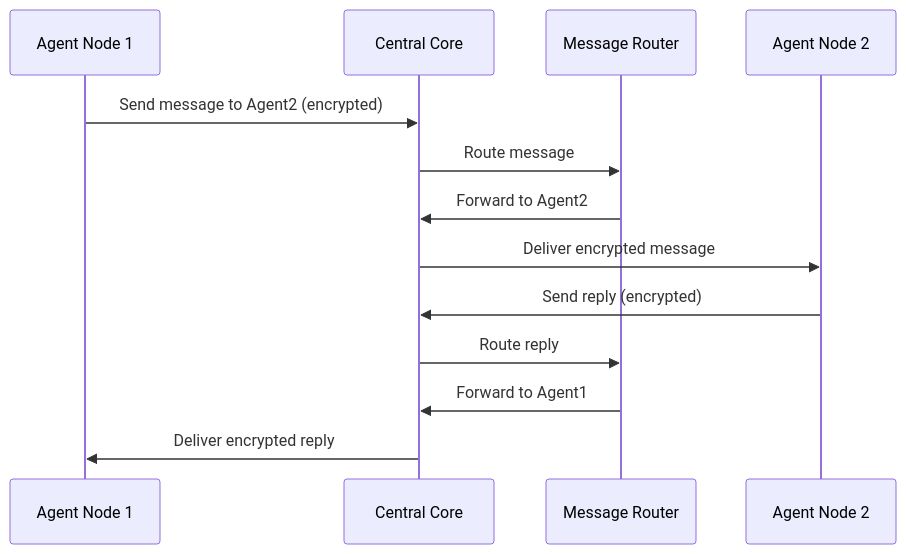
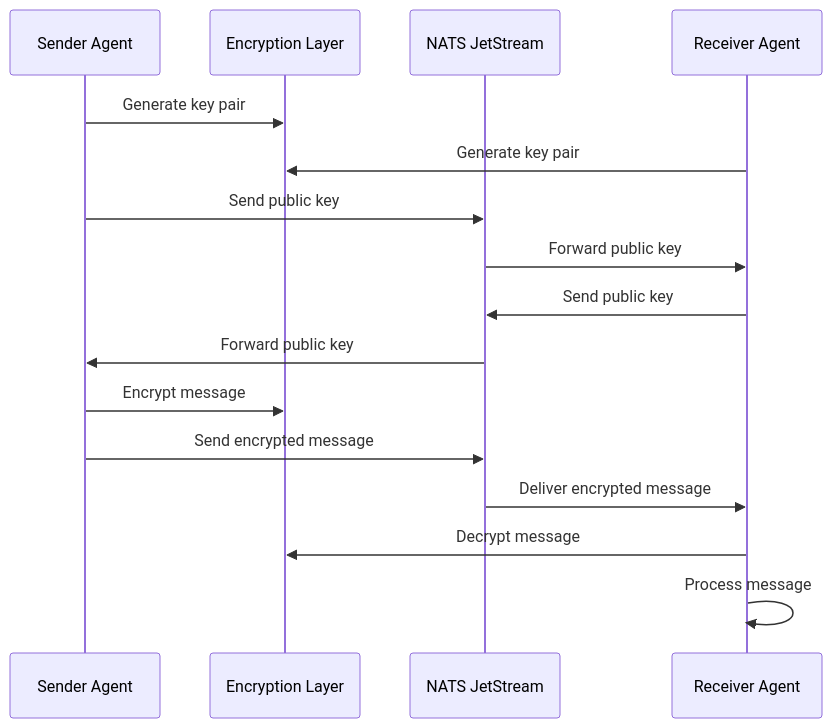
One commit to kanishkkumarsingh2004/DAIE changed the second of 3 diagrams in ARCHITECTURE_OVERVIEW.md. Above: the diagram before and after it, drawn with Mermaid. The commit also changed other lines of this file and 23 other files, not shown here.

First line of the commit message:
feat: Add coordination layer with NATS JetStream support

````diff
--- a/ARCHITECTURE_OVERVIEW.md
+++ b/ARCHITECTURE_OVERVIEW.md
@@ -176,16 +131,20 @@
 ```mermaid
 sequenceDiagram
-    participant Agent1 as Agent Node 1
-    participant Core as Central Core
-    participant Router as Message Router
-    participant Agent2 as Agent Node 2
+    participant Sender as Sender Agent
+    participant Enc as Encryption Layer
+    participant NATS as NATS JetStream
+    participant Receiver as Receiver Agent
     
-    Agent1->>Core: Send message to Agent2 (encrypted)
-    Core->>Router: Route message
-    Router->>Core: Forward to Agent2
-    Core->>Agent2: Deliver encrypted message
-    Agent2->>Core: Send reply (encrypted)
-    Core->>Router: Route reply
-    Router->>Core: Forward to Agent1
-    Core->>Agent1: Deliver encrypted reply
+    Sender->>Enc: Generate key pair
+    Receiver->>Enc: Generate key pair
+    Sender->>NATS: Send public key
+    NATS->>Receiver: Forward public key
+    Receiver->>NATS: Send public key
+    NATS->>Sender: Forward public key
+    
+    Sender->>Enc: Encrypt message
+    Sender->>NATS: Send encrypted message
+    NATS->>Receiver: Deliver encrypted message
+    Receiver->>Enc: Decrypt message
+    Receiver->>Receiver: Process message
 ```
````
